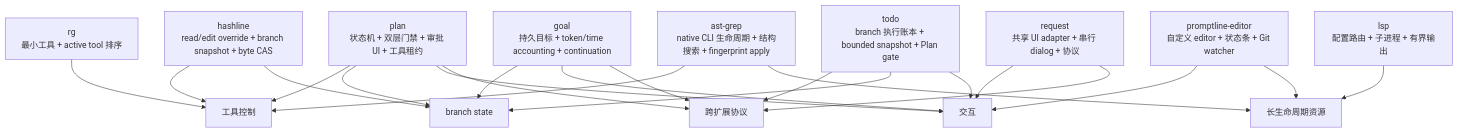
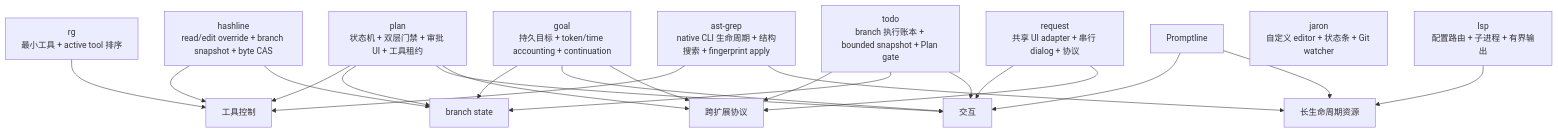
Diagram 19 of 19 in docs/design/04-extension-system.md (jaronic/pi-extensions), drawn with Mermaid before and after one commit. The commit also changed other lines of this file and 13 other files, not shown here.

First line of the commit message:
refactor(jaron): rename promptline-editor extension to jaron

````diff
--- a/docs/design/04-extension-system.md
+++ b/docs/design/04-extension-system.md
@@ -468,33 +468,33 @@
 ```mermaid
 flowchart TB
     RG[rg<br/>最小工具 + active tool 排序]
     Plan[plan<br/>状态机 + 双层门禁 + 审批 UI + 工具租约]
     Goal[goal<br/>持久目标 + token/time accounting + continuation]
     LSP[lsp<br/>配置路由 + 子进程 + 有界输出]
     AstGrep[ast-grep<br/>native CLI 生命周期 + 结构搜索 + fingerprint apply]
     Request[request<br/>共享 UI adapter + 串行 dialog + 协议]
     Hashline[hashline<br/>read/edit override + branch snapshot + byte CAS]
     Todo[todo<br/>branch 执行账本 + bounded snapshot + Plan gate]
-    Promptline[promptline-editor<br/>自定义 editor + 状态条 + Git watcher]
+    Jaron[jaron<br/>自定义 editor + 状态条 + Git watcher]
 
     RG --> Tools[工具控制]
     Hashline --> Tools
     Hashline --> State
     Plan --> Tools
     AstGrep --> Tools
     Plan --> State[branch state]
     Goal --> State
     Plan --> UI[交互]
     Goal --> UI
     Request --> UI
     Promptline --> UI
     LSP --> Resource[长生命周期资源]
     AstGrep --> Resource
     Promptline --> Resource
     Plan --> Protocol[跨扩展协议]
     Goal --> Protocol
     Request --> Protocol
     Todo --> Protocol
     Todo --> State
     Todo --> UI
 ```
````
